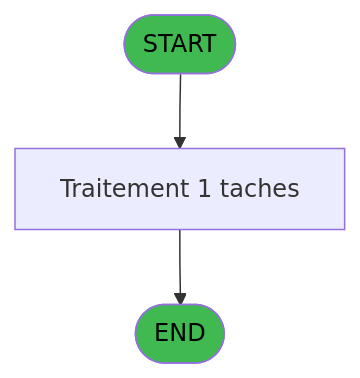
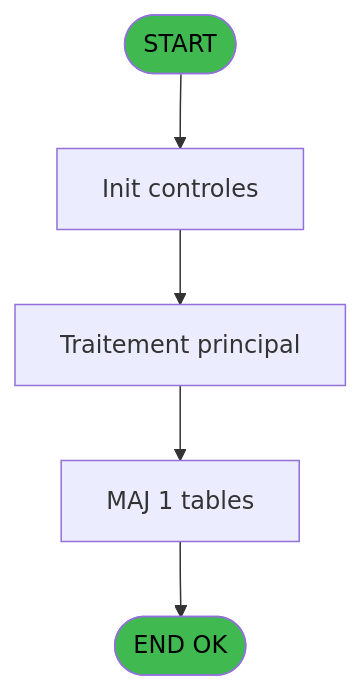
Before and after one commit to thonyAGP/lecteur-magic: the first of 3 diagrams in .openspec/specs/ADH-IDE-146.md, drawn with Mermaid. The commit also changed other lines of this file and 493 other files, not shown here.

````diff
--- a/.openspec/specs/ADH-IDE-146.md
+++ b/.openspec/specs/ADH-IDE-146.md
@@ -53,9 +57,14 @@
 ```mermaid
 flowchart TD
     START([START])
-    PROCESS[Traitement 1 taches]
-    ENDOK([END])
-    START --> PROCESS --> ENDOK
+    INIT[Init controles]
+    SAISIE[Traitement principal]
+    UPDATE[MAJ 1 tables]
+    ENDOK([END OK])
+
+    START --> INIT --> SAISIE
+    SAISIE --> UPDATE --> ENDOK
+
     style START fill:#3fb950,color:#000
     style ENDOK fill:#3fb950,color:#000
 ```
````
